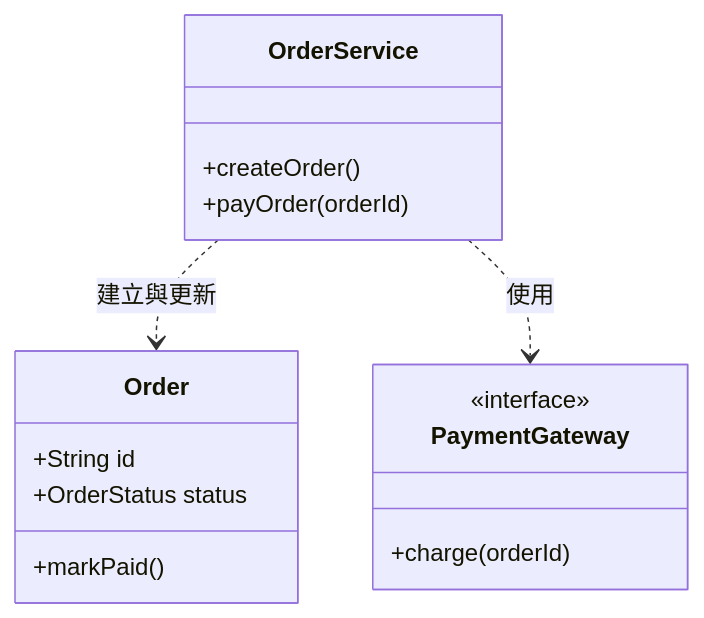
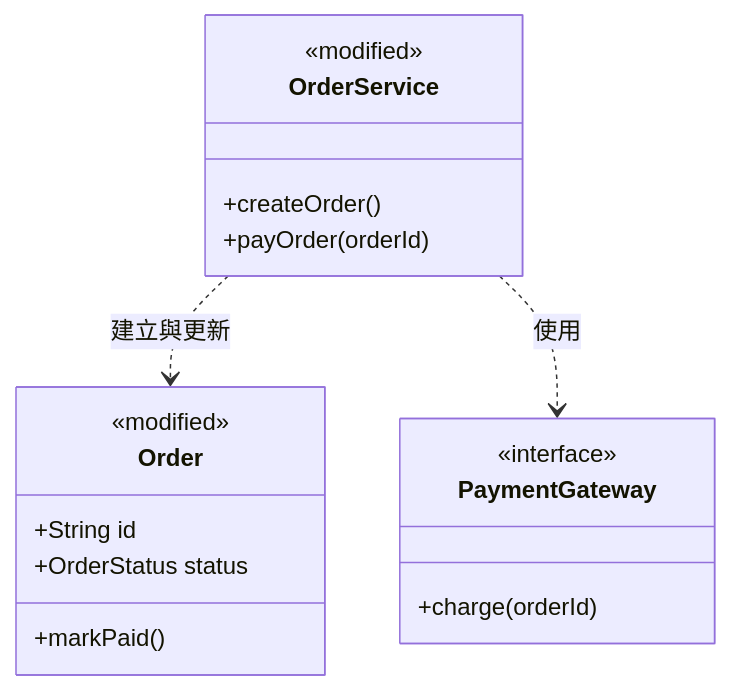
One commit to chienchien6/waterball changed the diagram in .agents/skills/plan-with-class-diagram/templates/class-diagram-proposal.example.md. Above: the diagram before and after it, drawn with Mermaid. The commit also changed other lines of this file and 7 other files, not shown here.

Commit message:
skill新增UML圖可以一眼看出CRUD的操作

````diff
--- a/.agents/skills/plan-with-class-diagram/templates/class-diagram-proposal.example.md
+++ b/.agents/skills/plan-with-class-diagram/templates/class-diagram-proposal.example.md
@@ -3,18 +3,21 @@
 ```mermaid
 classDiagram
     class Order {
+        <<modified>>
         +String id
         +OrderStatus status
         +markPaid()
     }
     class OrderService {
+        <<modified>>
         +createOrder()
         +payOrder(orderId)
     }
     class PaymentGateway {
         <<interface>>
+        <<new>>
         +charge(orderId)
     }
     OrderService ..> Order : 建立與更新
     OrderService ..> PaymentGateway : 使用
 ```
````
